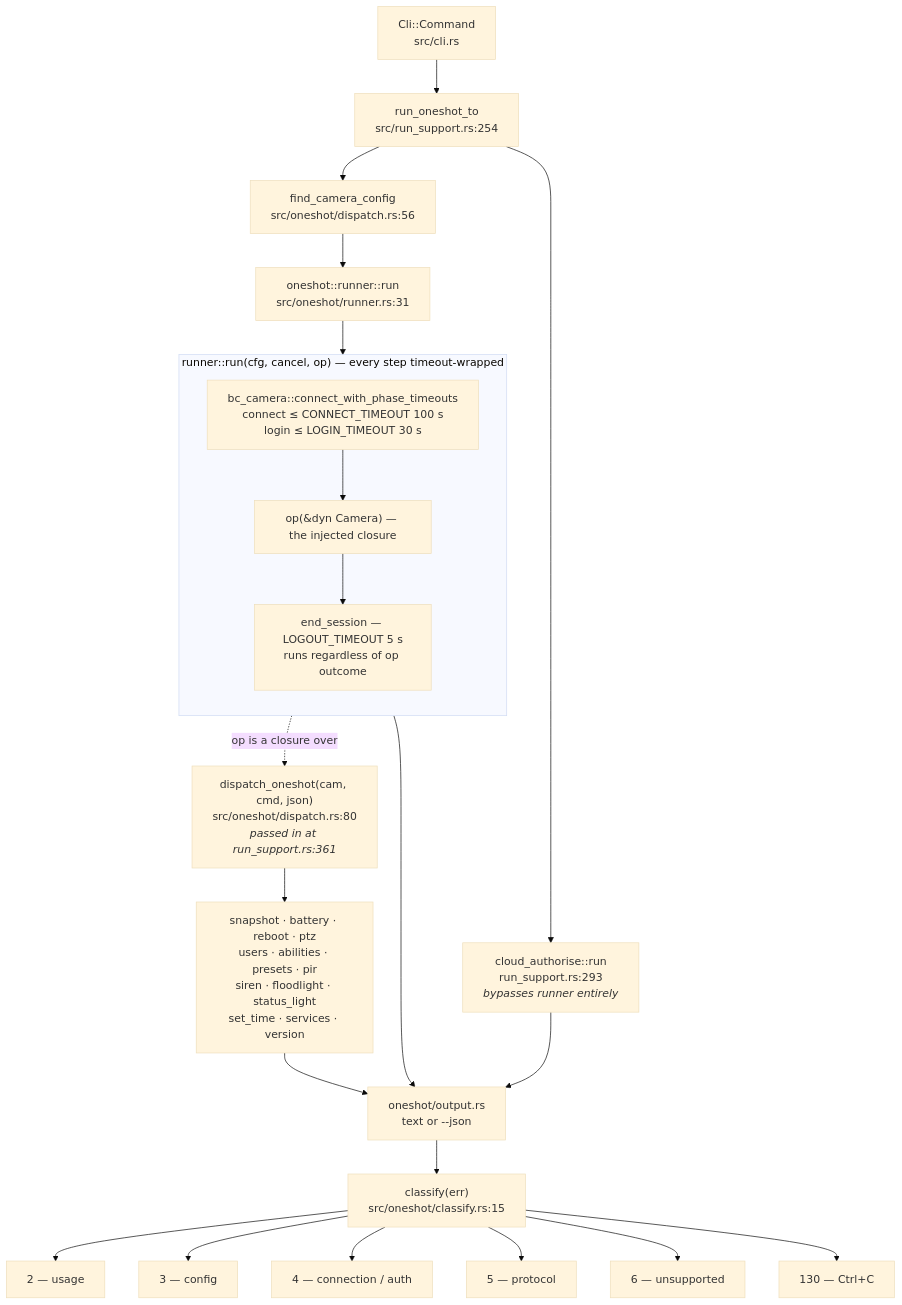
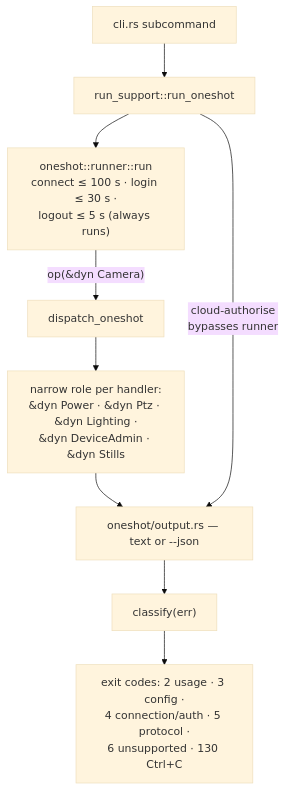
Diagram 12 of 14 in docs/code-paths.md (hsoj/bairelay), drawn with Mermaid (base theme) before and after one commit. The commit also changed other lines of this file and 7 other files, not shown here.

````diff
--- a/docs/code-paths.md
+++ b/docs/code-paths.md
@@ -573,34 +452,11 @@
 ```mermaid
 flowchart TD
-    CLI["Cli::Command<br/>src/cli.rs"] --> RO["run_oneshot_to<br/>src/run_support.rs:254"]
-    RO --> FC["find_camera_config<br/>src/oneshot/dispatch.rs:56"]
-    FC --> RUN["oneshot::runner::run<br/>src/oneshot/runner.rs:31"]
-
-    subgraph RUNNER ["runner::run(cfg, cancel, op) — every step timeout-wrapped"]
-        direction TB
-        R1["bc_camera::connect_with_phase_timeouts<br/>connect ≤ CONNECT_TIMEOUT 100 s<br/>login ≤ LOGIN_TIMEOUT 30 s"]
-        R3["op(&dyn Camera) — the injected closure"]
-        R4["end_session — LOGOUT_TIMEOUT 5 s<br/>runs regardless of op outcome"]
-        R1 --> R3 --> R4
-    end
-
-    RUN --> R1
-    R3 -.->|"op is a closure over"| DISP["dispatch_oneshot(cam, cmd, json)<br/>src/oneshot/dispatch.rs:80<br/><i>passed in at run_support.rs:361</i>"]
-
-    DISP --> OPS["snapshot · battery · reboot · ptz<br/>users · abilities · presets · pir<br/>siren · floodlight · status_light<br/>set_time · services · version"]
-
-    CLOUD["cloud_authorise::run<br/>run_support.rs:293<br/><i>bypasses runner entirely</i>"]
-    RO --> CLOUD
-
-    R4 --> OUT["oneshot/output.rs<br/>text or --json"]
-    OPS --> OUT
-    CLOUD --> OUT
-    OUT --> CLS["classify(err)<br/>src/oneshot/classify.rs:15"]
-
-    CLS --> E2["2 — usage"]
-    CLS --> E3["3 — config"]
-    CLS --> E4["4 — connection / auth"]
-    CLS --> E5["5 — protocol"]
-    CLS --> E6["6 — unsupported"]
-    CLS --> E130["130 — Ctrl+C"]
+    CLI["cli.rs subcommand"] --> RO["run_support::run_oneshot"]
+    RO --> RUN["oneshot::runner::run<br/>connect ≤ 100 s · login ≤ 30 s ·<br/>logout ≤ 5 s (always runs)"]
+    RUN -->|"op(&dyn Camera)"| DISP["dispatch_oneshot"]
+    DISP --> NARROW["narrow role per handler:<br/>&dyn Power · &dyn Ptz · &dyn Lighting ·<br/>&dyn DeviceAdmin · &dyn Stills"]
+    NARROW --> OUT["oneshot/output.rs — text or --json"]
+    RO -->|"cloud-authorise<br/>bypasses runner"| OUT
+    OUT --> CLS["classify(err)"]
+    CLS --> E["exit codes: 2 usage · 3 config ·<br/>4 connection/auth · 5 protocol ·<br/>6 unsupported · 130 Ctrl+C"]
 ```
````
